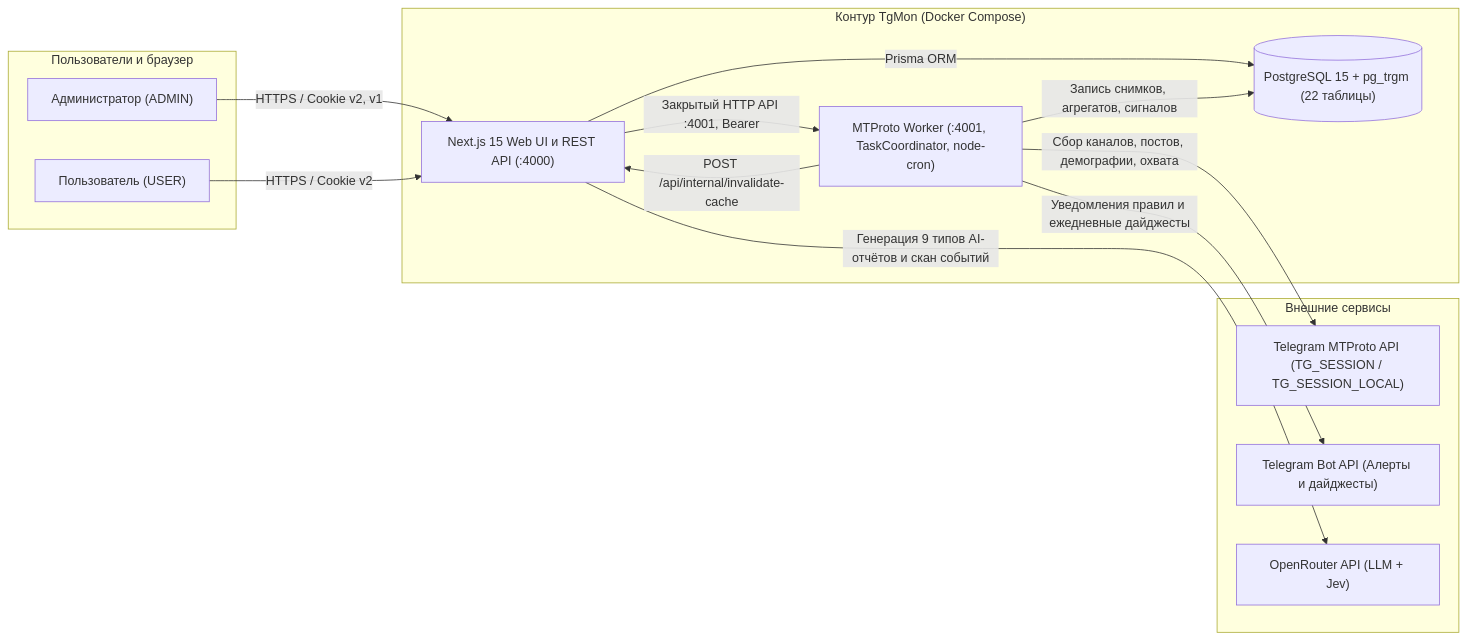
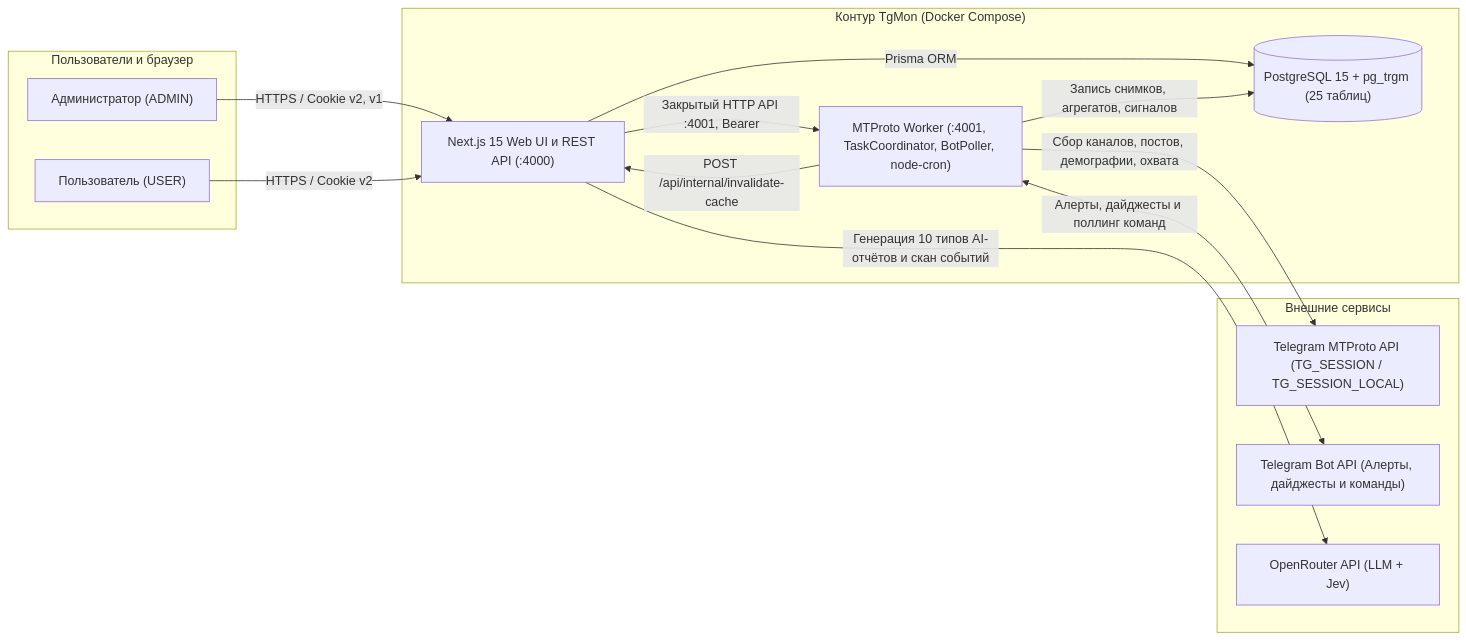
One commit to liquidsyntes/tg_mons changed the diagram in README.md. Above: the diagram before and after it, drawn with Mermaid. The commit also changed other lines of this file and 9 other files, not shown here.

````diff
--- a/README.md
+++ b/README.md
@@ -11,29 +11,29 @@
 ```mermaid
 flowchart LR
     subgraph Clients["Пользователи и браузер"]
         Admin["Администратор (ADMIN)"]
         User["Пользователь (USER)"]
     end
 
     subgraph TgMon["Контур TgMon (Docker Compose)"]
         Web["Next.js 15 Web UI и REST API (:4000)"]
-        DB[("PostgreSQL 15 + pg_trgm (22 таблицы)")]
-        Worker["MTProto Worker (:4001, TaskCoordinator, node-cron)"]
+        DB[("PostgreSQL 15 + pg_trgm (25 таблиц)")]
+        Worker["MTProto Worker (:4001, TaskCoordinator, BotPoller, node-cron)"]
     end
 
     subgraph External["Внешние сервисы"]
         TG["Telegram MTProto API (TG_SESSION / TG_SESSION_LOCAL)"]
-        Bot["Telegram Bot API (Алерты и дайджесты)"]
+        Bot["Telegram Bot API (Алерты, дайджесты и команды)"]
         OR["OpenRouter API (LLM + Jev)"]
     end
 
     Admin -->|"HTTPS / Cookie v2, v1"| Web
     User -->|"HTTPS / Cookie v2"| Web
     Web -->|"Prisma ORM"| DB
-    Web -->|"Генерация 9 типов AI-отчётов и скан событий"| OR
+    Web -->|"Генерация 10 типов AI-отчётов и скан событий"| OR
     Web -->|"Закрытый HTTP API :4001, Bearer"| Worker
     Worker -->|"Сбор каналов, постов, демографии, охвата"| TG
     Worker -->|"Запись снимков, агрегатов, сигналов"| DB
     Worker -->|"POST /api/internal/invalidate-cache"| Web
-    Worker -->|"Уведомления правил и ежедневные дайджесты"| Bot
+    Worker <-->|"Алерты, дайджесты и поллинг команд"| Bot
 ```
````
